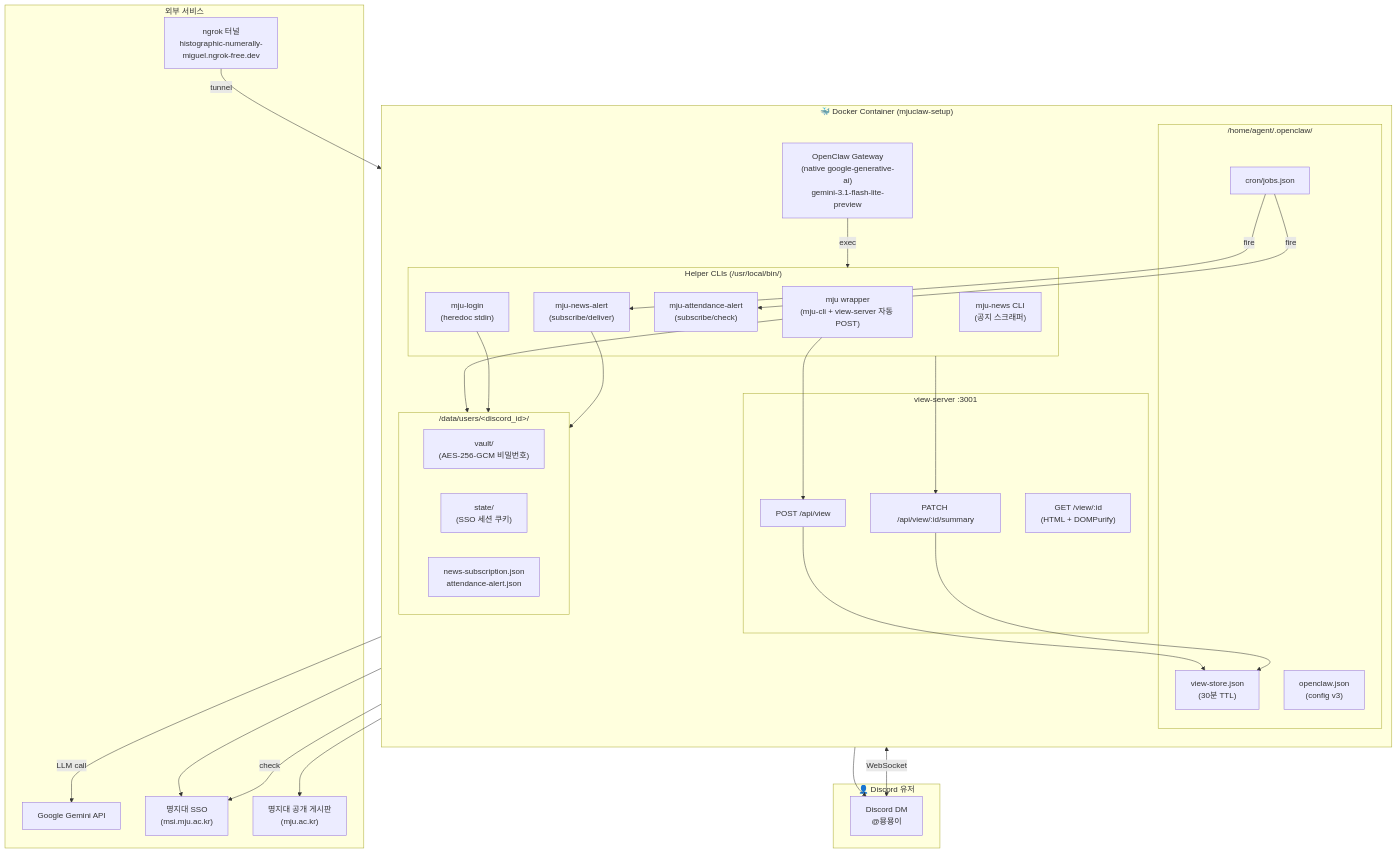
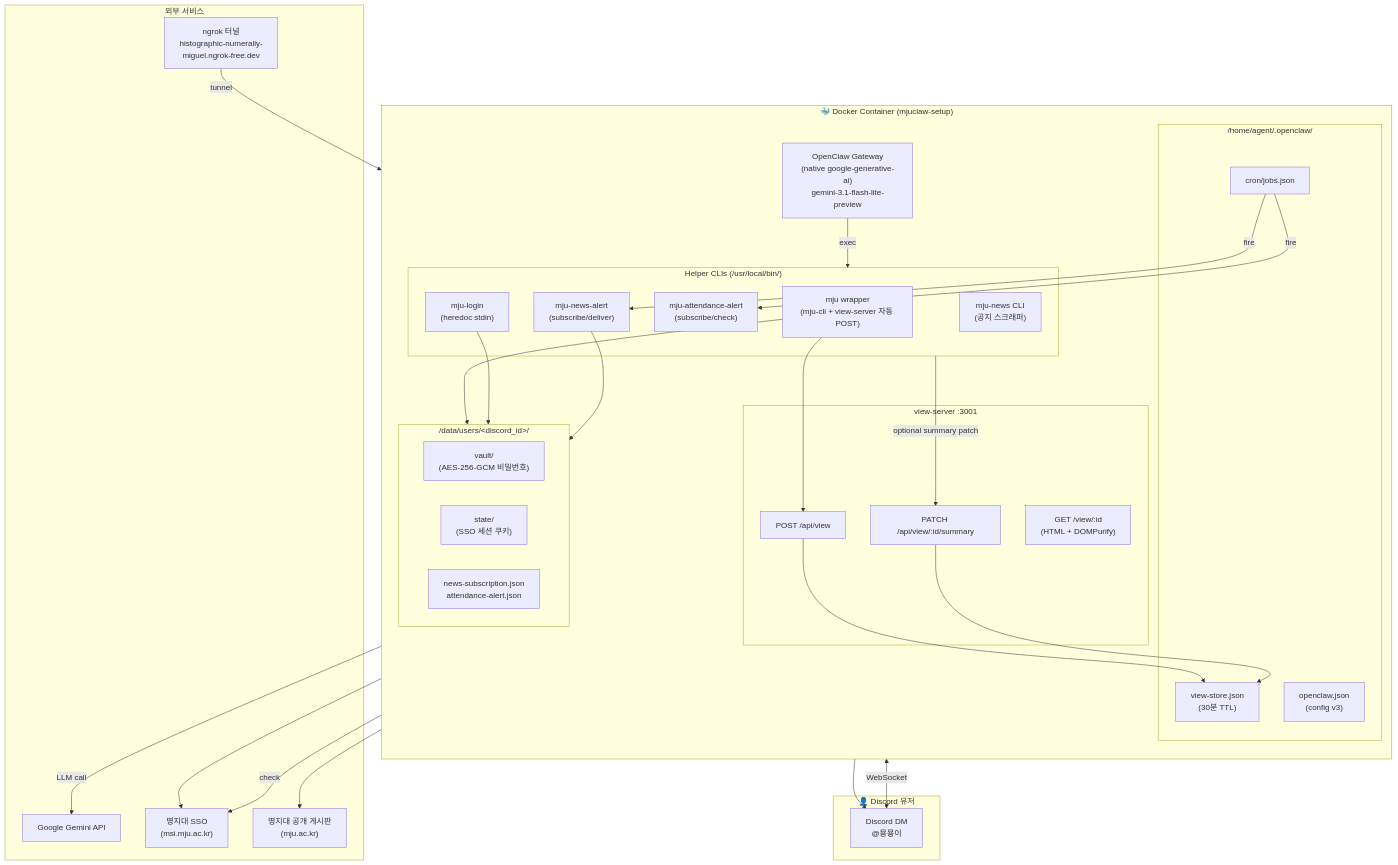
Before and after one commit to university-claw/mjuclaw-setup: the first of 8 diagrams in REPORT.md, drawn with Mermaid. The commit also changed other lines of this file and 3 other files, not shown here.

````diff
--- a/REPORT.md
+++ b/REPORT.md
@@ -38,62 +38,62 @@
 ```mermaid
 flowchart TB
     subgraph User["👤 Discord 유저"]
         DiscordDM["Discord DM<br/>@묭묭이"]
     end
 
     subgraph Docker["🐳 Docker Container (mjuclaw-setup)"]
         direction TB
         OpenClaw["OpenClaw Gateway<br/>(native google-generative-ai)<br/>gemini-3.1-flash-lite-preview"]
 
         subgraph Helpers["Helper CLIs (/usr/local/bin/)"]
             MjuWrapper["mju wrapper<br/>(mju-cli + view-server 자동 POST)"]
             MjuLogin["mju-login<br/>(heredoc stdin)"]
             MjuNewsAlert["mju-news-alert<br/>(subscribe/deliver)"]
             MjuAttAlert["mju-attendance-alert<br/>(subscribe/check)"]
             MjuNews["mju-news CLI<br/>(공지 스크래퍼)"]
         end
 
         subgraph ViewServer["view-server :3001"]
             POST["POST /api/view"]
             PATCH["PATCH /api/view/:id/summary"]
             GET["GET /view/:id<br/>(HTML + DOMPurify)"]
         end
 
         subgraph Storage["/home/agent/.openclaw/"]
             Config["openclaw.json<br/>(config v3)"]
             ViewStore["view-store.json<br/>(30분 TTL)"]
             Cron["cron/jobs.json"]
         end
 
         subgraph UserData["/data/users/&lt;discord_id&gt;/"]
             Vault["vault/<br/>(AES-256-GCM 비밀번호)"]
             State["state/<br/>(SSO 세션 쿠키)"]
             Subs["news-subscription.json<br/>attendance-alert.json"]
         end
     end
 
     subgraph External["외부 서비스"]
         Gemini["Google Gemini API"]
         MjuSSO["명지대 SSO<br/>(msi.mju.ac.kr)"]
         MjuBoard["명지대 공개 게시판<br/>(mju.ac.kr)"]
         Ngrok["ngrok 터널<br/>histographic-numerally-<br/>miguel.ngrok-free.dev"]
     end
 
     DiscordDM <-->|WebSocket| OpenClaw
     OpenClaw -->|LLM call| Gemini
     OpenClaw -->|exec| Helpers
     MjuWrapper --> MjuSSO
     MjuNews --> MjuBoard
     MjuWrapper --> POST
-    Helpers --> PATCH
+    Helpers -->|optional summary patch| PATCH
     GET --> DiscordDM
     Ngrok -->|tunnel| GET
     POST --> ViewStore
     PATCH --> ViewStore
     MjuWrapper --> UserData
     MjuLogin --> UserData
     MjuNewsAlert --> UserData
     Cron -->|fire| MjuNewsAlert
     Cron -->|fire| MjuAttAlert
     MjuAttAlert -->|check| MjuSSO
 ```
````
